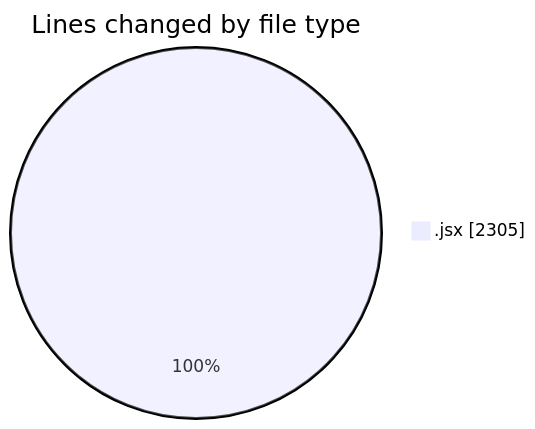
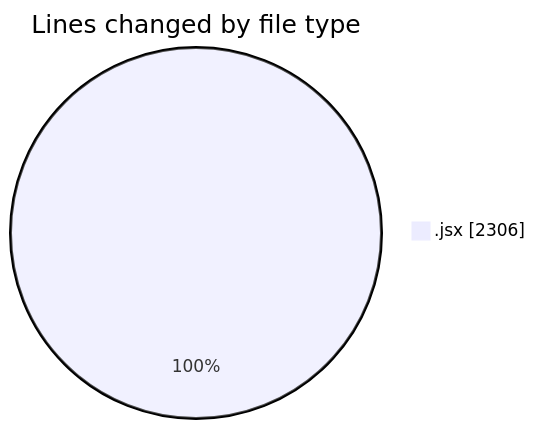
Before and after one commit to nxtqubesakshisongat/code-tracking: the first of 2 diagrams in 2025-10-14/nxtqube_webapp/README.md, drawn with Mermaid. The commit also changed other lines of this file and 1 other file, not shown here.

````diff
--- a/2025-10-14/nxtqube_webapp/README.md
+++ b/2025-10-14/nxtqube_webapp/README.md
@@ -21,5 +21,5 @@
 ```mermaid
 pie showData
 title Lines changed by file type
-".jsx" : 2305
+".jsx" : 2306
 ```
````
